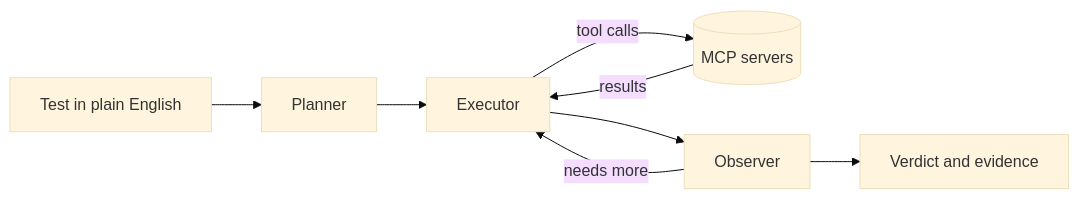
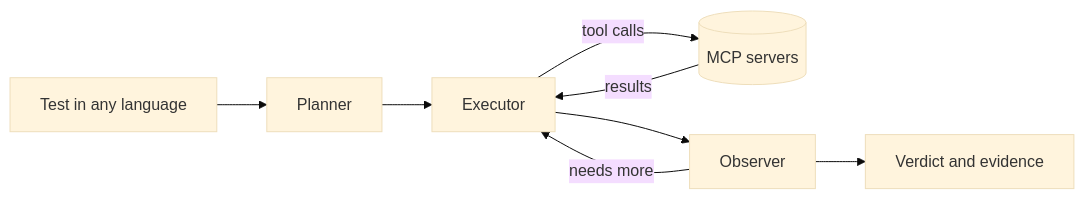
One commit to tailoop-dev/tailoop changed the diagram in README.md. Above: the diagram before and after it, drawn with Mermaid (base theme). The commit also changed other lines of this file and 5 other files, not shown here.

````diff
--- a/README.md
+++ b/README.md
@@ -31,10 +32,10 @@
 ```mermaid
 flowchart LR
-    test[Test in plain English] --> planner[Planner]
+    test[Test in any language] --> planner[Planner]
     planner --> executor[Executor]
     executor -- tool calls --> servers[(MCP servers)]
     servers -- results --> executor
     executor --> observer[Observer]
     observer -- needs more --> executor
     observer --> verdict[Verdict and evidence]
 ```
````
